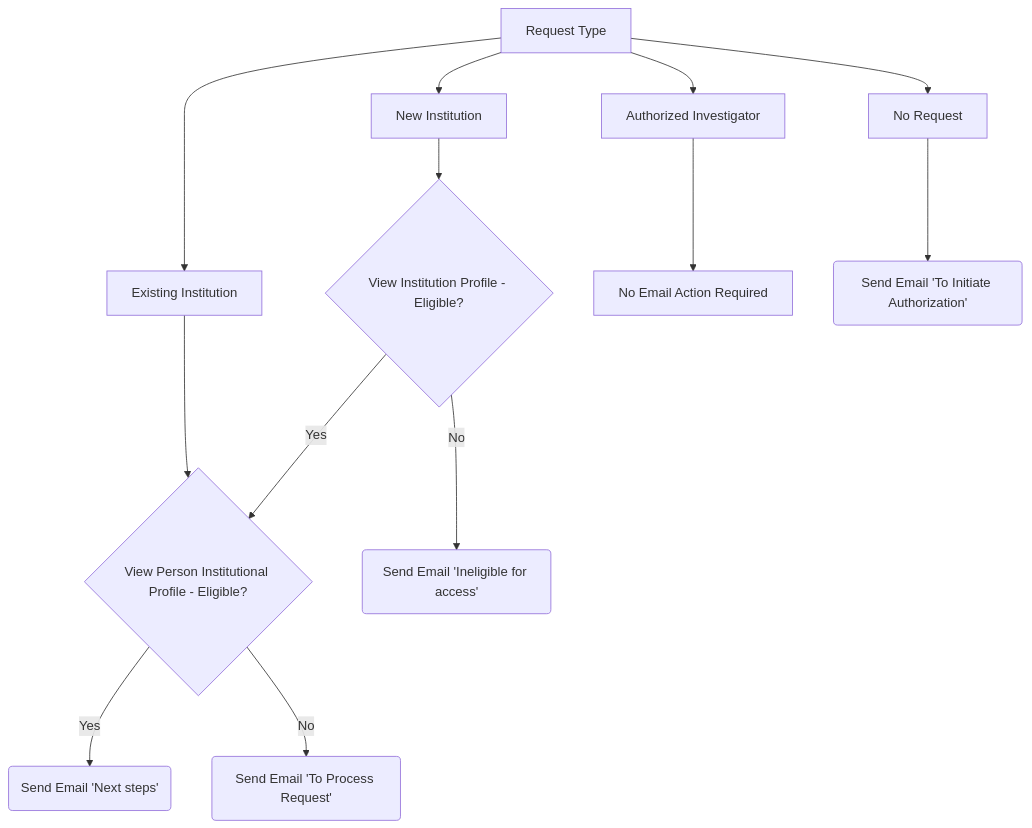
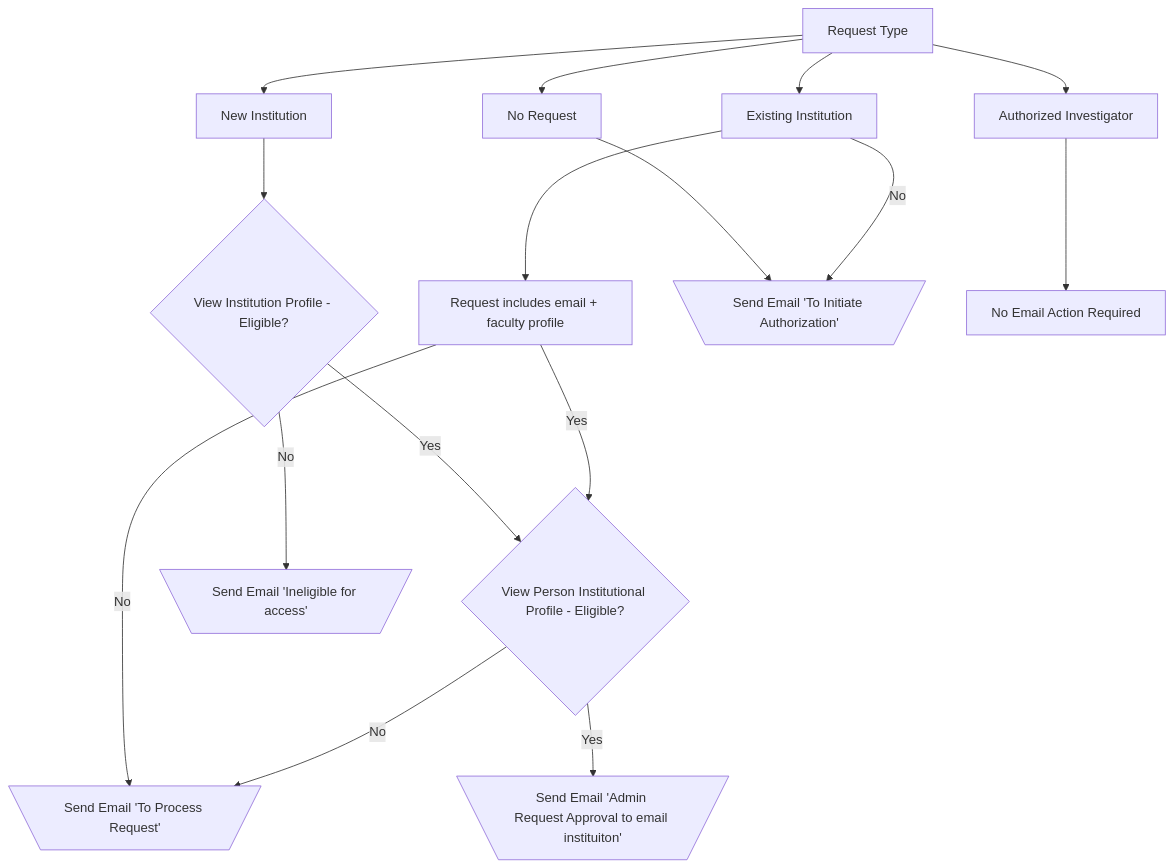
One commit to databrary/guide changed the second of 2 diagrams in src/admin/flowcharts.qmd. Above: the diagram before and after it, drawn with Mermaid. The commit also changed 51 other files, not shown here.

Commit message:
update admin flowchart

````diff
--- a/src/admin/flowcharts.qmd
+++ b/src/admin/flowcharts.qmd
@@ -42,10 +42,16 @@
 ```{mermaid}
 flowchart
-  A[Request Type]--> B[New Institution] --> I{View Institution Profile - Eligible?} -- Yes --> G
-  A --> C[Existing Institution] --> G{View Person Institutional Profile - Eligible? } 
-  G -- Yes --> H(Send Email 'Next steps')
-  G -- No --> J(Send Email 'To Process Request')
-  I -- No --> K(Send Email 'Ineligible for access')
-  A --> D[Authorized Investigator] --> L[No Email Action Required]
-  A --> E[No Request] --> F(Send Email 'To Initiate Authorization')
+  
+  
+A[Request Type] --> B[Existing Institution] --> M[Request includes email + faculty profile] -- Yes --> G{View Person Institutional Profile - Eligible? } -- No --> J[\Send Email 'To Process Request'/]
+ 
+ A--> C[New Institution] --> I{View Institution Profile - Eligible?} -- Yes --> G
+
+ G -- Yes --> H[\Send Email 'Admin Request Approval to email instituiton'/]
+ 
+ M -- No --> J[\Send Email 'To Process Request'/]
+ I -- No --> K[\Send Email 'Ineligible for access'/]
+ B -- No --> F[\Send Email 'To Initiate Authorization'/]
+ A --> D[Authorized Investigator] --> L[No Email Action Required]
+ A --> E[No Request] --> F[\Send Email 'To Initiate Authorization'/]
 ```
````
